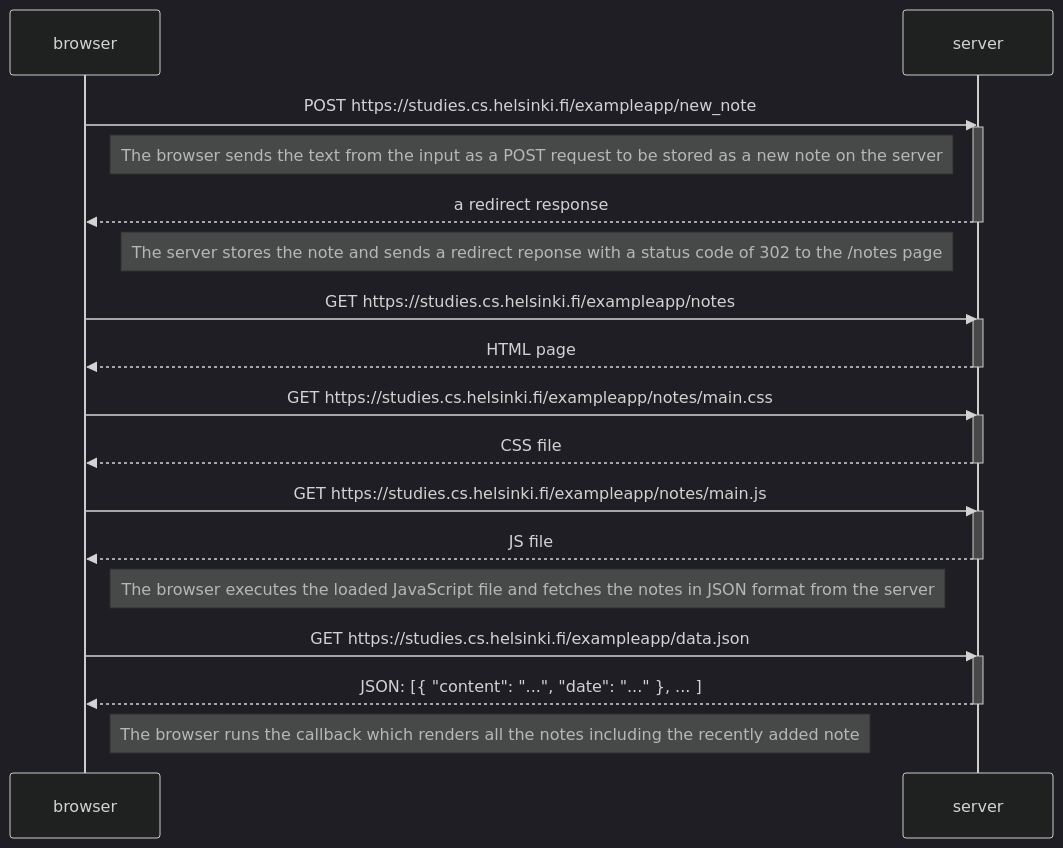
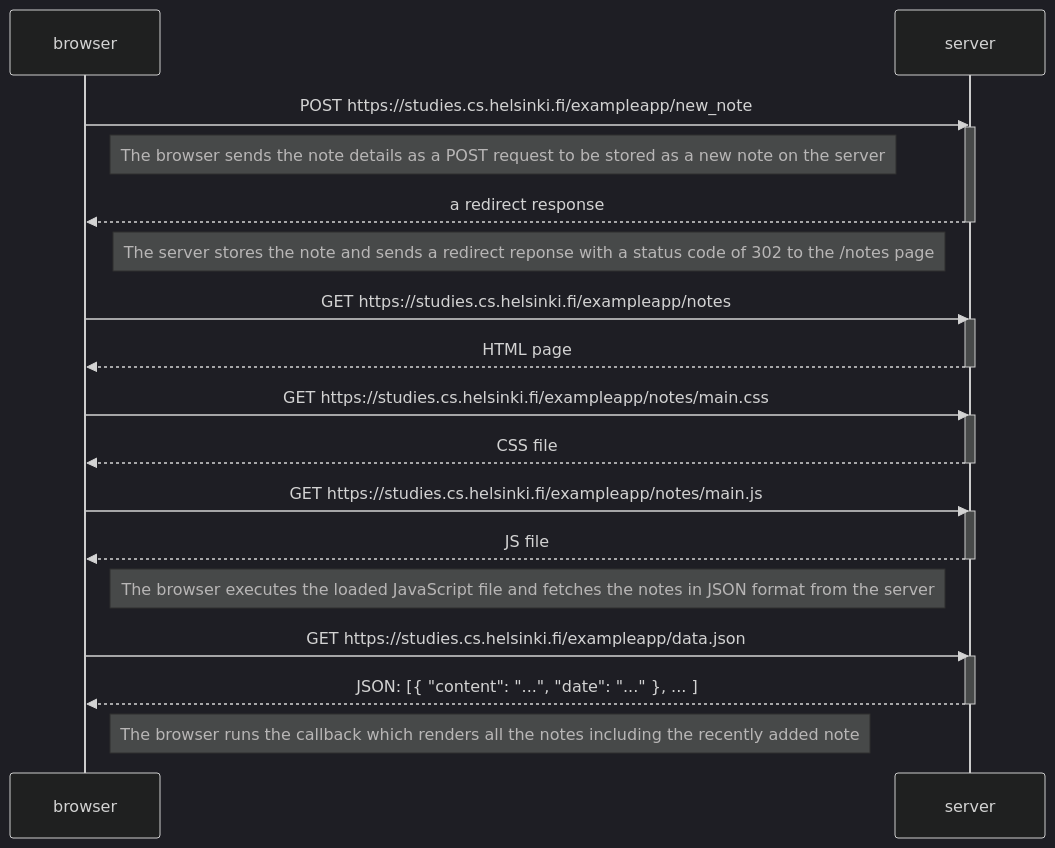
One commit to blueaelixir/fullstackopen-course changed the diagram in part0/exercise-4.md. Above: the diagram before and after it, drawn with Mermaid (dark theme).

Commit message:
chore(exercise): update description

````diff
--- a/part0/exercise-4.md
+++ b/part0/exercise-4.md
@@ -3,39 +3,39 @@
 ```mermaid
 sequenceDiagram
     participant browser
     participant server
 
     browser->>server: POST https://studies.cs.helsinki.fi/exampleapp/new_note
     activate server
 
-    Note right of browser: The browser sends the text from the input as a POST request to be stored as a new note on the server
+    Note right of browser: The browser sends the note details as a POST request to be stored as a new note on the server
 
     server-->>browser: a redirect response
     deactivate server
 
     Note left of server: The server stores the note and sends a redirect reponse with a status code of 302 to the /notes page
 
     browser->>server: GET https://studies.cs.helsinki.fi/exampleapp/notes
     activate server
     server-->>browser: HTML page
     deactivate server
 
     browser->>server: GET https://studies.cs.helsinki.fi/exampleapp/notes/main.css
     activate server
     server-->>browser: CSS file
     deactivate server
 
     browser->>server: GET https://studies.cs.helsinki.fi/exampleapp/notes/main.js
     activate server
     server-->>browser: JS file
     deactivate server
 
     Note right of browser: The browser executes the loaded JavaScript file and fetches the notes in JSON format from the server
 
     browser->>server: GET https://studies.cs.helsinki.fi/exampleapp/data.json
     activate server
     server-->>browser: JSON: [{ "content": "...", "date": "..." }, ... ]
     deactivate server
 
     Note right of browser: The browser runs the callback which renders all the notes including the recently added note
 ```
````
